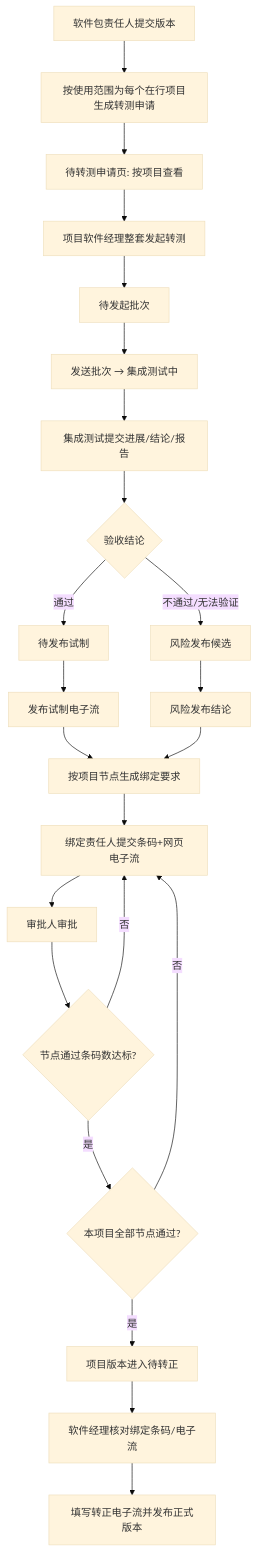
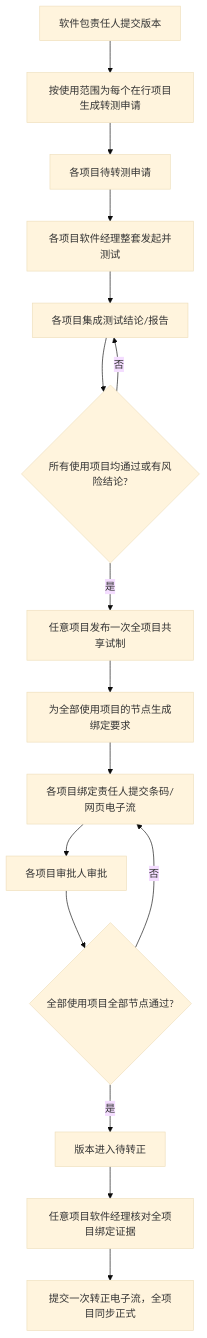
Before and after one commit to 920171519/toolkit: the first of 3 diagrams in docs/业务逻辑与联动关系.md, drawn with Mermaid (base theme). The commit also changed other lines of this file and 28 other files, not shown here.

Commit message:
feat: add project workspaces, shared release flow and version trace

````diff
--- a/docs/业务逻辑与联动关系.md
+++ b/docs/业务逻辑与联动关系.md
@@ -28,25 +28,18 @@
 ```mermaid
 flowchart TD
   A[软件包责任人提交版本] --> B[按使用范围为每个在行项目生成转测申请]
-  B --> C[待转测申请页: 按项目查看]
-  C --> D[项目软件经理整套发起转测]
-  D --> E[待发起批次]
-  E --> F[发送批次 → 集成测试中]
-  F --> G[集成测试提交进展/结论/报告]
-  G --> H{验收结论}
-  H -->|通过| I[待发布试制]
-  H -->|不通过/无法验证| J[风险发布候选]
-  I --> K[发布试制电子流]
-  J --> L[风险发布结论]
-  K --> M[按项目节点生成绑定要求]
-  L --> M
-  M --> N[绑定责任人提交条码+网页电子流]
-  N --> O[审批人审批]
-  O --> P{节点通过条码数达标?}
-  P -->|否| N
-  P -->|是| Q{本项目全部节点通过?}
-  Q -->|否| N
-  Q -->|是| R[项目版本进入待转正]
-  R --> S[软件经理核对绑定条码/电子流]
-  S --> T[填写转正电子流并发布正式版本]
+  B --> C[各项目待转测申请]
+  C --> D[各项目软件经理整套发起并测试]
+  D --> E[各项目集成测试结论/报告]
+  E --> F{所有使用项目均通过或有风险结论?}
+  F -->|否| E
+  F -->|是| G[任意项目发布一次全项目共享试制]
+  G --> H[为全部使用项目的节点生成绑定要求]
+  H --> I[各项目绑定责任人提交条码/网页电子流]
+  I --> J[各项目审批人审批]
+  J --> K{全部使用项目全部节点通过?}
+  K -->|否| I
+  K -->|是| L[版本进入待转正]
+  L --> M[任意项目软件经理核对全项目绑定证据]
+  M --> N[提交一次转正电子流，全项目同步正式]
 ```
````
